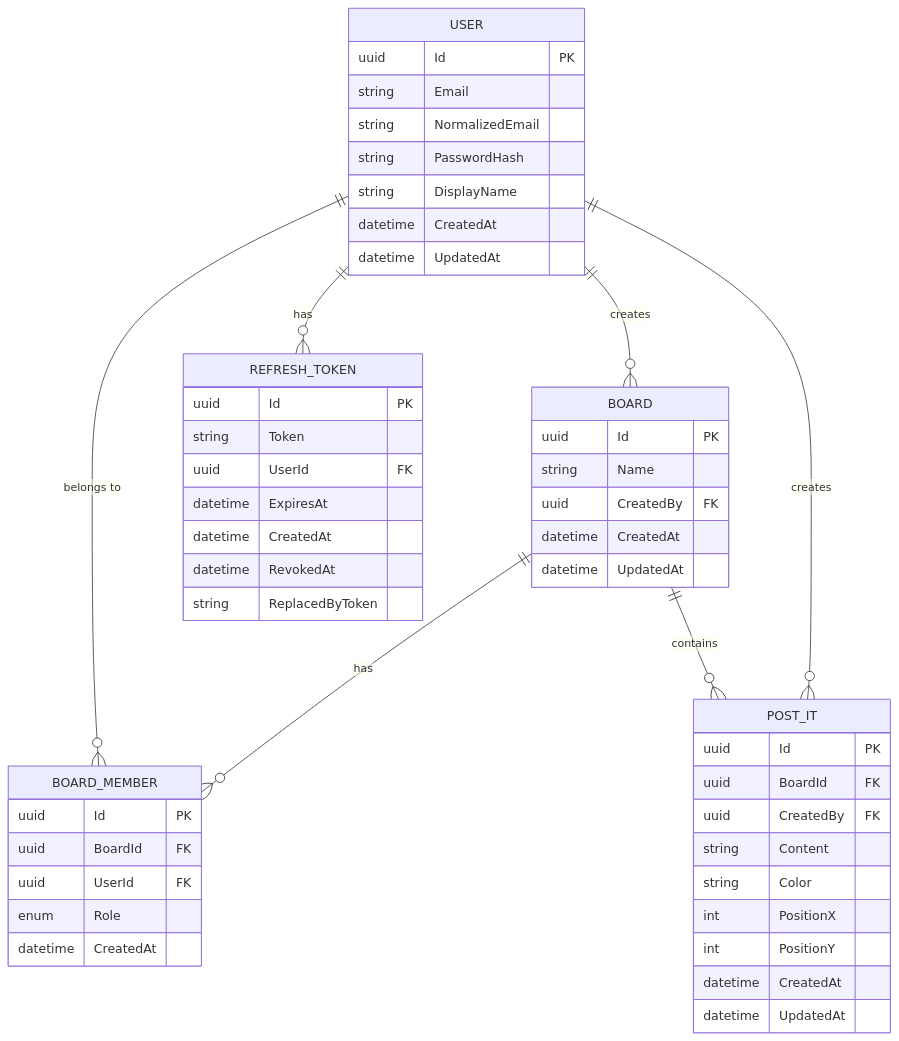
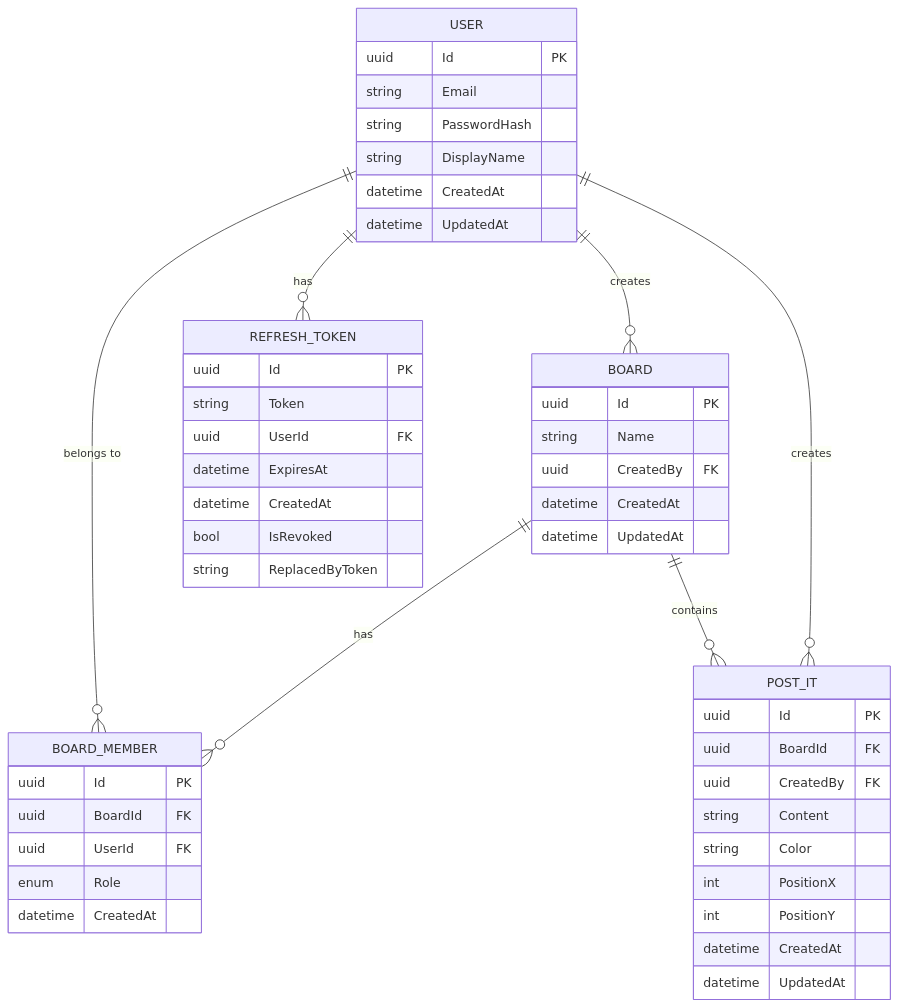
One commit to ugogalliano/Pinboard changed the second of 5 diagrams in apps/server/ARCHITECTURE.md. Above: the diagram before and after it, drawn with Mermaid. The commit also changed other lines of this file and 3 other files, not shown here.

Commit message:
chore(server): remove placeholder test; refresh AGENTS/ARCHITECTURE/README to match remediated code

````diff
--- a/apps/server/ARCHITECTURE.md
+++ b/apps/server/ARCHITECTURE.md
@@ -44,57 +44,56 @@
 ```mermaid
 erDiagram
     USER ||--o{ BOARD : "creates"
     USER ||--o{ BOARD_MEMBER : "belongs to"
     BOARD ||--o{ BOARD_MEMBER : "has"
     BOARD ||--o{ POST_IT : "contains"
     USER ||--o{ POST_IT : "creates"
     USER ||--o{ REFRESH_TOKEN : "has"
 
     USER {
         uuid Id PK
         string Email
-        string NormalizedEmail
         string PasswordHash
         string DisplayName
         datetime CreatedAt
         datetime UpdatedAt
     }
 
     BOARD {
         uuid Id PK
         string Name
         uuid CreatedBy FK
         datetime CreatedAt
         datetime UpdatedAt
     }
 
     BOARD_MEMBER {
         uuid Id PK
         uuid BoardId FK
         uuid UserId FK
         enum Role
         datetime CreatedAt
     }
 
     POST_IT {
         uuid Id PK
         uuid BoardId FK
         uuid CreatedBy FK
         string Content
         string Color
         int PositionX
         int PositionY
         datetime CreatedAt
         datetime UpdatedAt
     }
 
     REFRESH_TOKEN {
         uuid Id PK
         string Token
         uuid UserId FK
         datetime ExpiresAt
         datetime CreatedAt
-        datetime RevokedAt
+        bool IsRevoked
         string ReplacedByToken
     }
 ```
````
